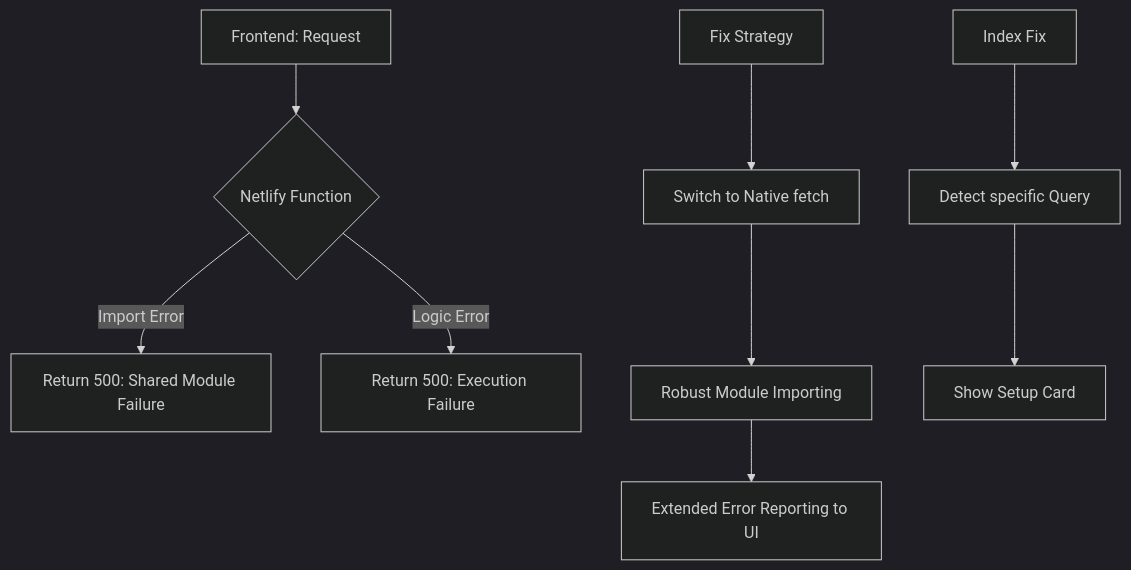
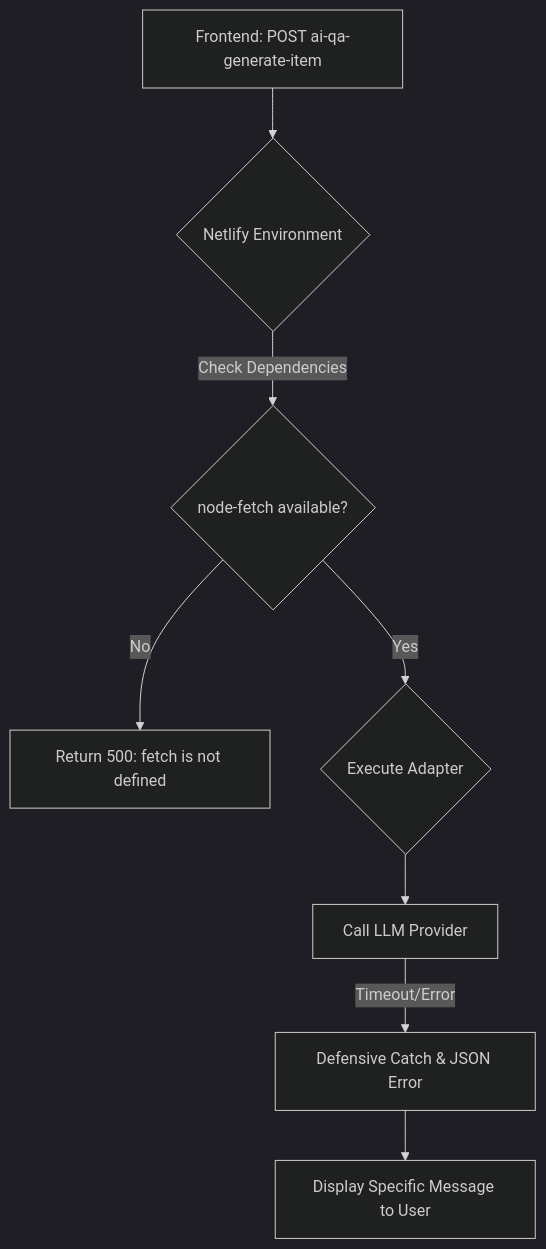
The diagram in .artifacts/074f8ead-9721-4f77-87d0-951ebe4b1d7d/implementation_plan.artifact.md (Suriya663/codez48-web-automation), drawn with Mermaid (dark theme) before and after one commit. The commit also changed other lines of this file and 9 other files, not shown here.

Commit message:
Update Netlify function, mail notification, and site intelligence engine

````diff
--- a/.artifacts/074f8ead-9721-4f77-87d0-951ebe4b1d7d/implementation_plan.artifact.md
+++ b/.artifacts/074f8ead-9721-4f77-87d0-951ebe4b1d7d/implementation_plan.artifact.md
@@ -7,13 +7,11 @@
 ```mermaid
 flowchart TD
-    A[Frontend: Request] --> B{Netlify Function}
-    B -->|Import Error| C[Return 500: Shared Module Failure]
-    B -->|Logic Error| D[Return 500: Execution Failure]
+    A[Frontend: POST ai-qa-generate-item] --> B{Netlify Environment}
+    B -->|Check Dependencies| C{node-fetch available?}
+    C -->|No| D[Return 500: fetch is not defined]
+    C -->|Yes| E{Execute Adapter}
 
-    E[Fix Strategy] --> F[Switch to Native fetch]
-    F --> G[Robust Module Importing]
-    G --> H[Extended Error Reporting to UI]
-
-    I[Index Fix] --> J[Detect specific Query]
-    J --> K[Show Setup Card]
+    E --> F[Call LLM Provider]
+    F -->|Timeout/Error| G[Defensive Catch & JSON Error]
+    G --> H[Display Specific Message to User]
 ```
````
